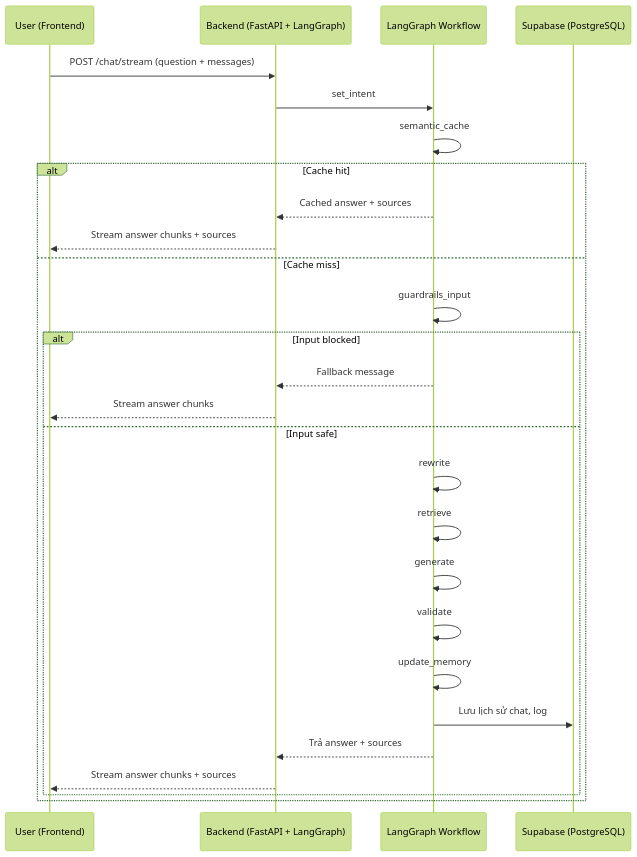
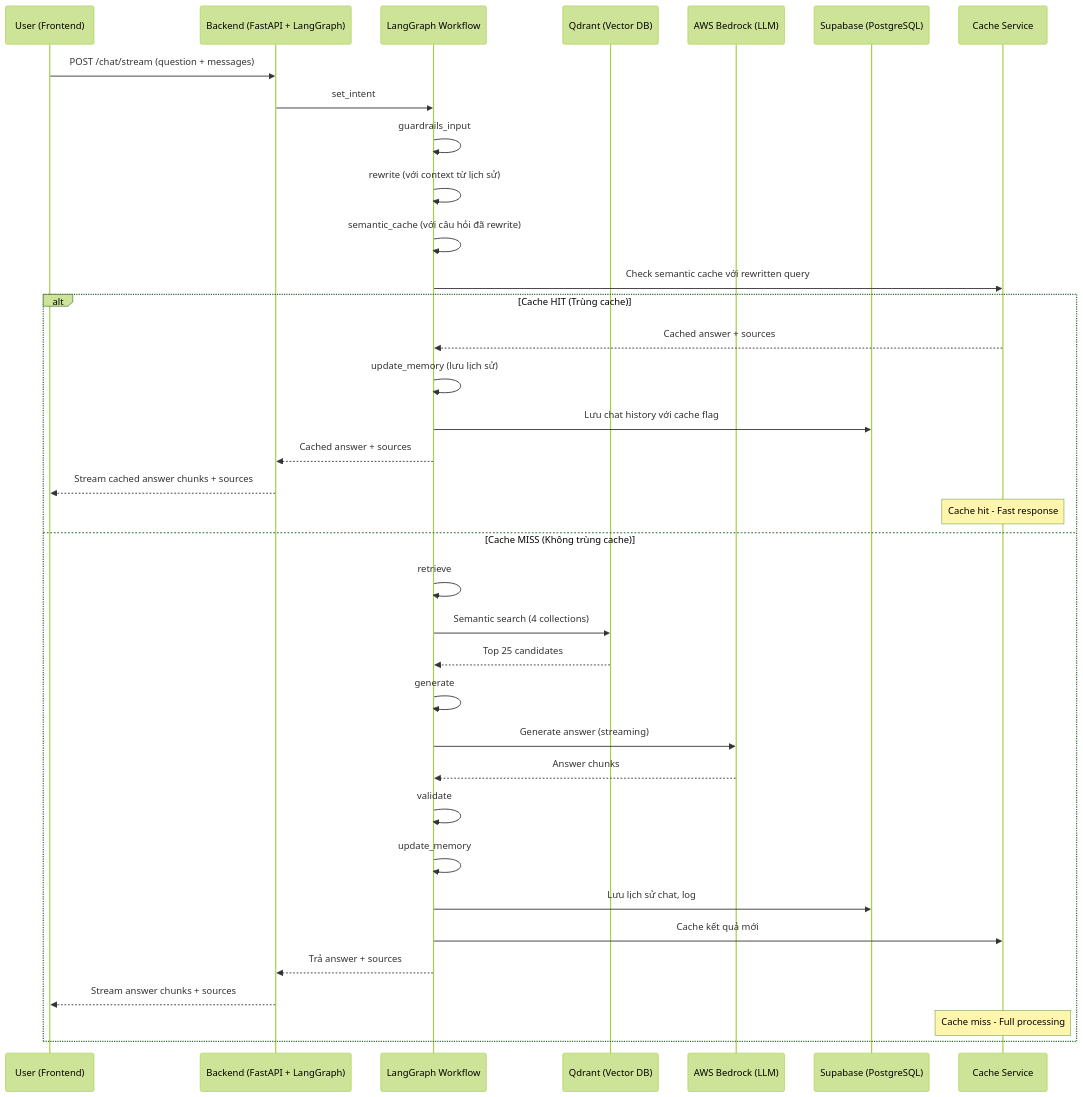
One commit to tuananhne1110/Cutru_chatbot changed the second of 2 diagrams in docs/Workflow.md. Above: the diagram before and after it, drawn with Mermaid (forest theme). The commit also changed other lines of this file and 1 other file, not shown here.

````diff
--- a/docs/Workflow.md
+++ b/docs/Workflow.md
@@ -50,29 +70,41 @@
 ```mermaid
 sequenceDiagram
     participant U as User (Frontend)
     participant B as Backend (FastAPI + LangGraph)
     participant L as LangGraph Workflow
+    participant Q as Qdrant (Vector DB)
+    participant LLM as AWS Bedrock (LLM)
     participant S as Supabase (PostgreSQL)
+    participant C as Cache Service
+    
     U->>B: POST /chat/stream (question + messages)
     B->>L: set_intent
-    L->>L: semantic_cache
-    alt Cache hit
+    L->>L: guardrails_input
+    L->>L: rewrite (với context từ lịch sử)
+    L->>L: semantic_cache (với câu hỏi đã rewrite)
+    L->>C: Check semantic cache với rewritten query
+    
+    alt Cache HIT (Trùng cache)
+        C-->>L: Cached answer + sources
+        L->>L: update_memory (lưu lịch sử)
+        L->>S: Lưu chat history với cache flag
         L-->>B: Cached answer + sources
+        B-->>U: Stream cached answer chunks + sources
+        Note over C: Cache hit - Fast response
+        
+    else Cache MISS (Không trùng cache)
+        L->>L: retrieve
+        L->>Q: Semantic search (4 collections)
+        Q-->>L: Top 25 candidates
+        L->>L: generate
+        L->>LLM: Generate answer (streaming)
+        LLM-->>L: Answer chunks
+        L->>L: validate
+        L->>L: update_memory
+        L->>S: Lưu lịch sử chat, log
+        L->>C: Cache kết quả mới
+        L-->>B: Trả answer + sources
         B-->>U: Stream answer chunks + sources
-    else Cache miss
-        L->>L: guardrails_input
-        alt Input blocked
-            L-->>B: Fallback message
-            B-->>U: Stream answer chunks
-        else Input safe
-            L->>L: rewrite
-            L->>L: retrieve
-            L->>L: generate
-            L->>L: validate
-            L->>L: update_memory
-            L->>S: Lưu lịch sử chat, log
-            L-->>B: Trả answer + sources
-            B-->>U: Stream answer chunks + sources
-        end
+        Note over C: Cache miss - Full processing
     end
 ```
````
